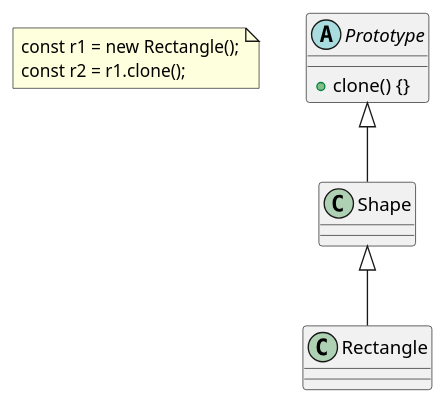
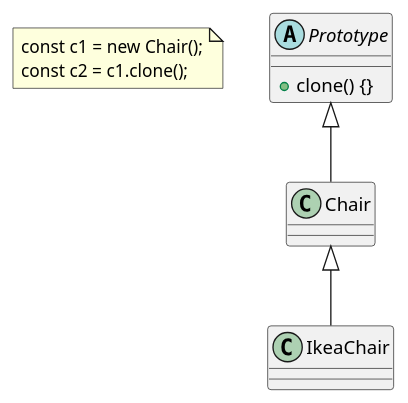
One commit to cesarkohl/design-patterns changed the diagram in creational/5-prototype/prototype-shape-complete.puml. Above: the diagram before and after it, drawn with PlantUML. The commit also changed 3 other files, not shown here.

```diff
--- a/creational/5-prototype/prototype-shape-complete.puml
+++ b/creational/5-prototype/prototype-shape-complete.puml
@@ -1,16 +1,16 @@
 @startuml
 note as n1
-const r1 = new Rectangle();
-const r2 = r1.clone();
+const c1 = new Chair();
+const c2 = c1.clone();
 end note
 
 abstract Prototype {
     + clone() {}
 }
 
-class Shape extends Prototype {
+class Chair extends Prototype {
 }
 
-class Rectangle extends Shape {
+class IkeaChair extends Chair {
 }
 @enduml
```
